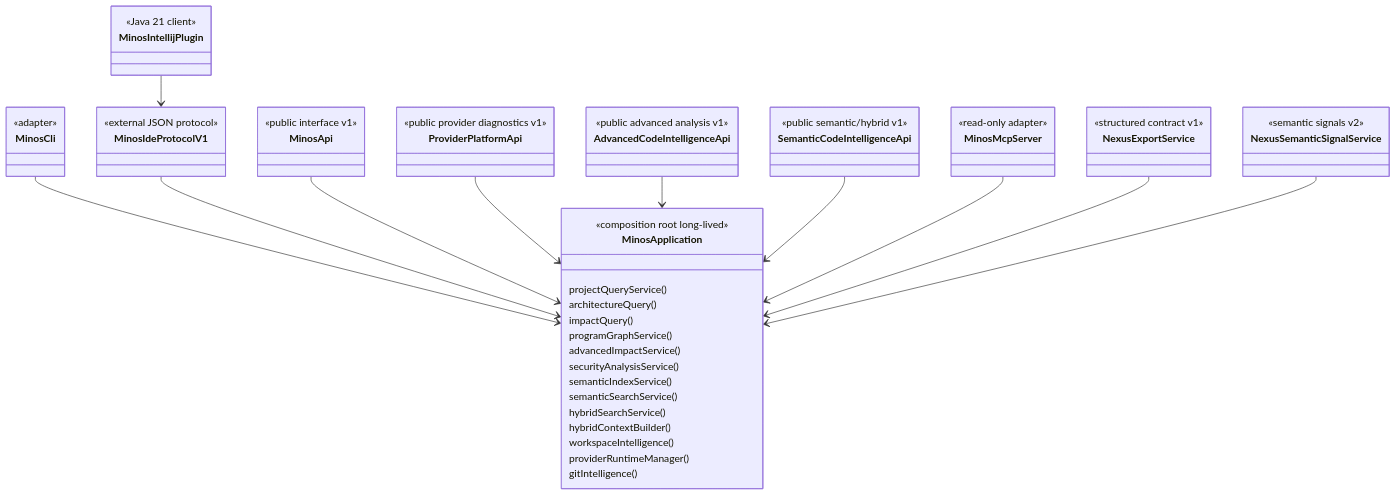
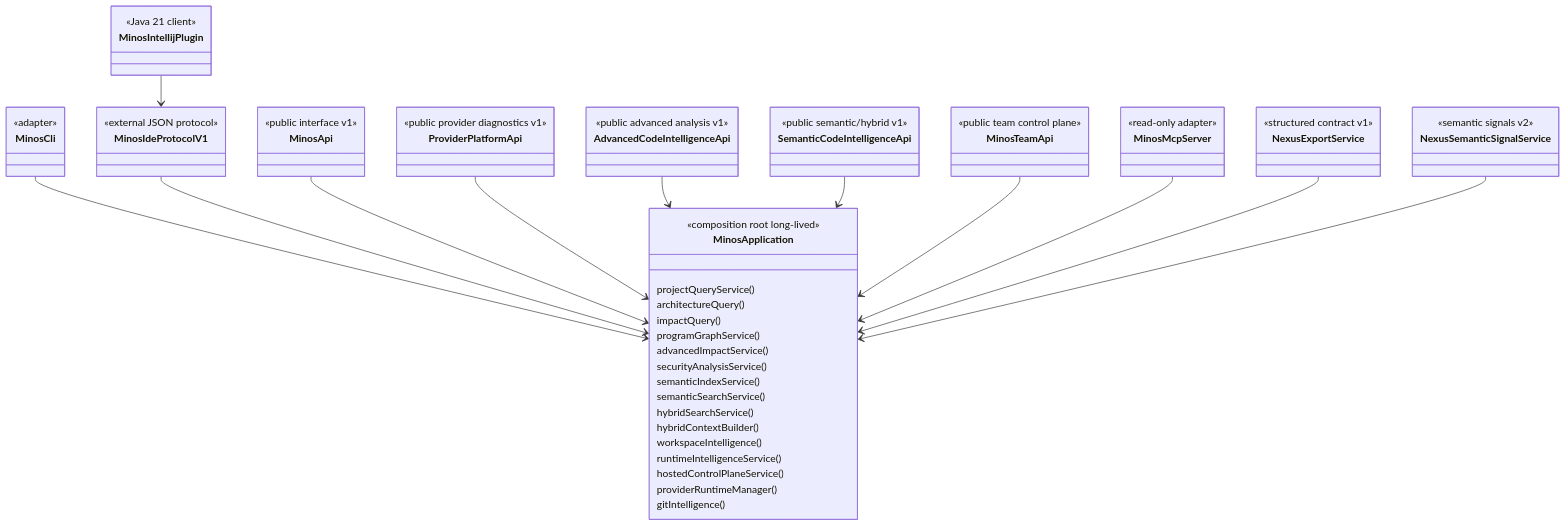
Before and after one commit to FTurleque/minos-code-intelligence: the diagram in docs/developer/public-surfaces.md, drawn with Mermaid. The commit also changed other lines of this file, not shown here.

Commit message:
docs(surfaces): separate M26 runtime and M27 team contracts

````diff
--- a/docs/developer/public-surfaces.md
+++ b/docs/developer/public-surfaces.md
@@ -9,40 +9,44 @@
 ```mermaid
 classDiagram
     class MinosApplication {
       <<composition root long-lived>>
       projectQueryService()
       architectureQuery()
       impactQuery()
       programGraphService()
       advancedImpactService()
       securityAnalysisService()
       semanticIndexService()
       semanticSearchService()
       hybridSearchService()
       hybridContextBuilder()
       workspaceIntelligence()
+      runtimeIntelligenceService()
+      hostedControlPlaneService()
       providerRuntimeManager()
       gitIntelligence()
     }
     class MinosCli { <<adapter>> }
     class MinosIdeProtocolV1 { <<external JSON protocol>> }
     class MinosIntellijPlugin { <<Java 21 client>> }
     class MinosApi { <<public interface v1>> }
     class ProviderPlatformApi { <<public provider diagnostics v1>> }
     class AdvancedCodeIntelligenceApi { <<public advanced analysis v1>> }
     class SemanticCodeIntelligenceApi { <<public semantic/hybrid v1>> }
+    class MinosTeamApi { <<public team control plane>> }
     class MinosMcpServer { <<read-only adapter>> }
     class NexusExportService { <<structured contract v1>> }
     class NexusSemanticSignalService { <<semantic signals v2>> }
 
     MinosCli --> MinosApplication
     MinosIdeProtocolV1 --> MinosApplication
     MinosIntellijPlugin --> MinosIdeProtocolV1
     MinosApi --> MinosApplication
     ProviderPlatformApi --> MinosApplication
     AdvancedCodeIntelligenceApi --> MinosApplication
     SemanticCodeIntelligenceApi --> MinosApplication
+    MinosTeamApi --> MinosApplication
     MinosMcpServer --> MinosApplication
     NexusExportService --> MinosApplication
     NexusSemanticSignalService --> MinosApplication
 ```
````
